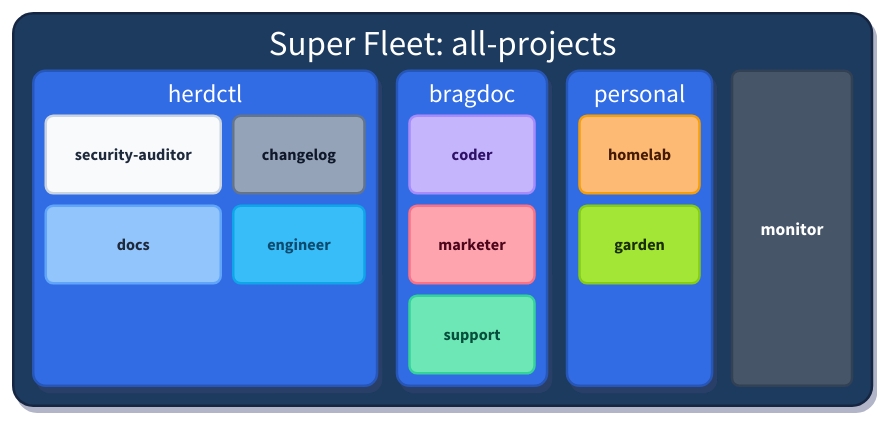
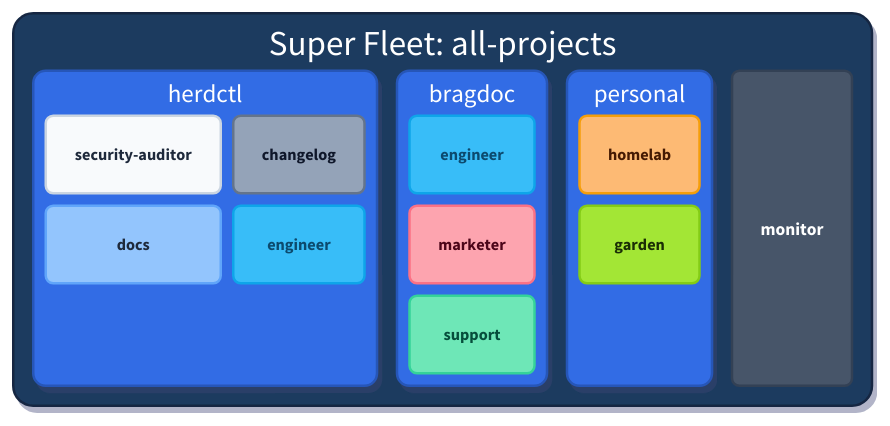
One commit to oheckmann74/herdctl changed the diagram in docs/d2-spike/fleet-composition.d2. Above: the diagram before and after it, drawn with D2. The commit also changed 7 other files, not shown here.

First line of the commit message:
docs: rename bragdoc coder to engineer, match herdctl engineer color

```diff
--- a/docs/d2-spike/fleet-composition.d2
+++ b/docs/d2-spike/fleet-composition.d2
@@ -1,135 +1,135 @@
 # Super Fleet container — brand palette
 all-projects: {
   label: "Super Fleet: all-projects"
   style.fill: "#1e3a5f"
   style.stroke: "#142842"
   style.stroke-width: 2
   style.font-color: "#ffffff"
   style.border-radius: 16
   style.shadow: true
   style.font-size: 28
 
   grid-columns: 4
   grid-gap: 16
 
   # Sub-fleet: herdctl
   herdctl: {
     label: "herdctl"
     style.fill: "#326CE5"
     style.stroke: "#2857b8"
     style.stroke-width: 2
     style.font-color: "#ffffff"
     style.border-radius: 10
     style.shadow: true
     style.font-size: 20
 
     grid-columns: 2
     grid-gap: 10
 
     security-auditor {
       style.fill: "#f8fafc"
       style.stroke: "#cbd5e1"
       style.font-color: "#1e293b"
       style.border-radius: 6
       style.font-size: 13
     }
     docs {
       style.fill: "#93c5fd"
       style.stroke: "#60a5fa"
       style.font-color: "#1e293b"
       style.border-radius: 6
       style.font-size: 13
     }
     changelog {
       style.fill: "#94a3b8"
       style.stroke: "#64748b"
       style.font-color: "#0f172a"
       style.border-radius: 6
       style.font-size: 13
     }
     engineer {
       style.fill: "#38bdf8"
       style.stroke: "#0ea5e9"
       style.font-color: "#0c4a6e"
       style.border-radius: 6
       style.font-size: 13
     }
   }
 
   # Sub-fleet: bragdoc
   bragdoc: {
     label: "bragdoc"
     style.fill: "#326CE5"
     style.stroke: "#2857b8"
     style.stroke-width: 2
     style.font-color: "#ffffff"
     style.border-radius: 10
     style.shadow: true
     style.font-size: 20
 
     grid-columns: 1
     grid-gap: 10
 
-    coder {
-      style.fill: "#c4b5fd"
-      style.stroke: "#a78bfa"
-      style.font-color: "#2e1065"
+    engineer {
+      style.fill: "#38bdf8"
+      style.stroke: "#0ea5e9"
+      style.font-color: "#0c4a6e"
       style.border-radius: 6
       style.font-size: 13
     }
     marketer {
       style.fill: "#fda4af"
       style.stroke: "#fb7185"
       style.font-color: "#4c0519"
       style.border-radius: 6
       style.font-size: 13
     }
     support {
       style.fill: "#6ee7b7"
       style.stroke: "#34d399"
       style.font-color: "#064e3b"
       style.border-radius: 6
       style.font-size: 13
     }
   }
 
   # Sub-fleet: personal
   personal: {
     label: "personal"
     style.fill: "#326CE5"
     style.stroke: "#2857b8"
     style.stroke-width: 2
     style.font-color: "#ffffff"
     style.border-radius: 10
     style.shadow: true
     style.font-size: 20
 
     grid-columns: 1
     grid-gap: 10
 
     homelab {
       style.fill: "#fdba74"
       style.stroke: "#f59e0b"
       style.font-color: "#451a03"
       style.border-radius: 6
       style.font-size: 13
     }
     garden {
       style.fill: "#a3e635"
       style.stroke: "#84cc16"
       style.font-color: "#1a2e05"
       style.border-radius: 6
       style.font-size: 13
     }
   }
 
   # Agent directly on root fleet
   monitor {
     style.fill: "#475569"
     style.stroke: "#334155"
     style.font-color: "#ffffff"
     style.border-radius: 6
     style.font-size: 14
     style.bold: true
   }
 }
```
